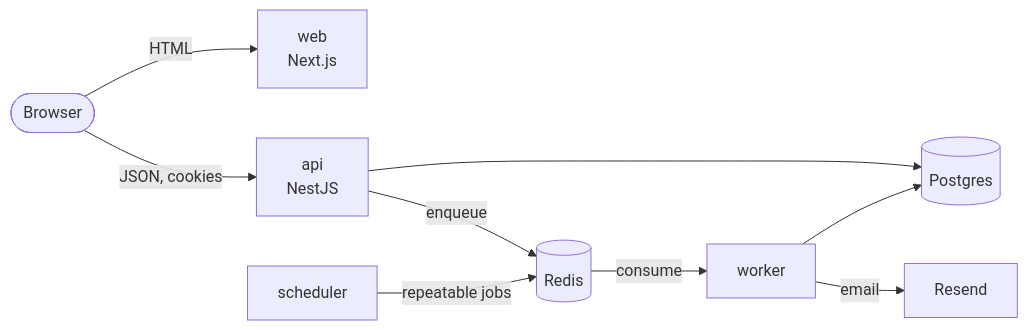
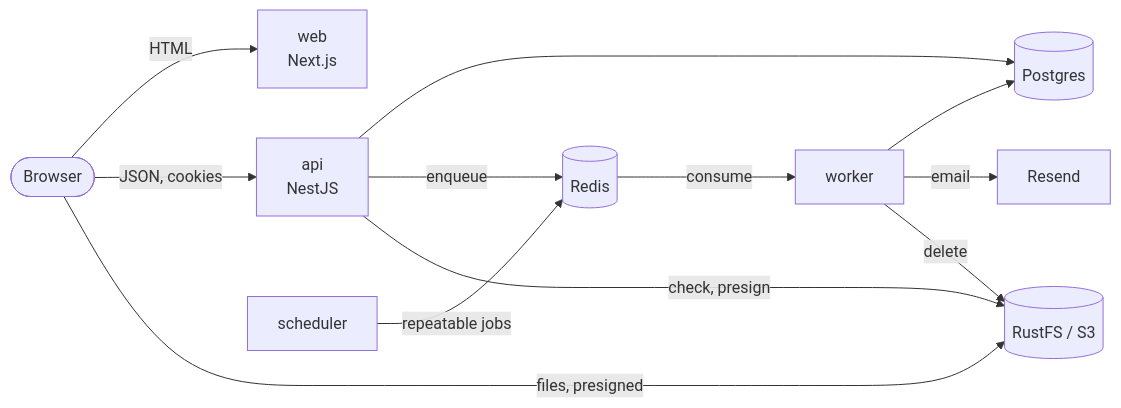
One commit to DamienReichhart/template-fullstack-typescript-production changed the diagram in README.md. Above: the diagram before and after it, drawn with Mermaid. The commit also changed other lines of this file and 17 other files, not shown here.

````diff
--- a/README.md
+++ b/README.md
@@ -10,11 +11,14 @@
 ```mermaid
 flowchart LR
   browser([Browser]) -->|HTML| web[web<br/>Next.js]
   browser -->|JSON, cookies| api[api<br/>NestJS]
+  browser -->|files, presigned| s3[(RustFS / S3)]
   api --> pg[(Postgres)]
   api -->|enqueue| redis[(Redis)]
+  api -->|check, presign| s3
   scheduler[scheduler] -->|repeatable jobs| redis
   redis -->|consume| worker[worker]
   worker --> pg
   worker -->|email| resend[Resend]
+  worker -->|delete| s3
 ```
````
